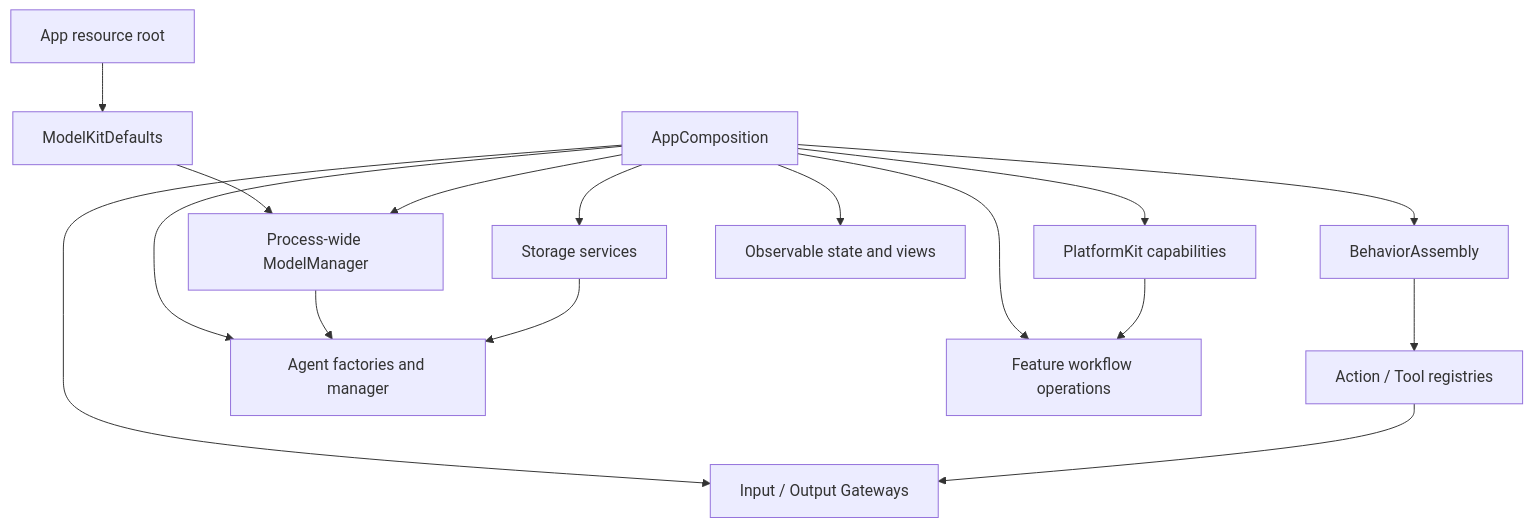
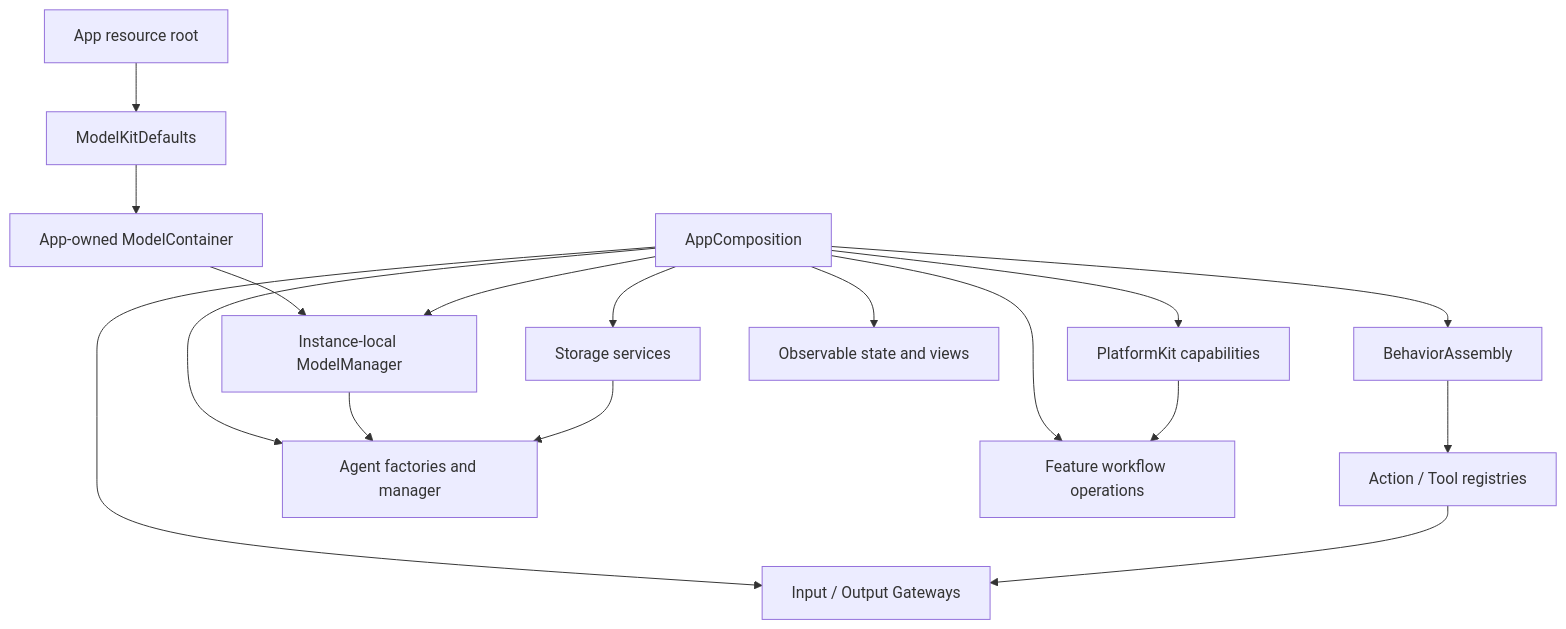
Before and after one commit to devilyouwei/MobileHarness: the fourth of 33 diagrams in MobileHarness/README.md, drawn with Mermaid. The commit also changed other lines of this file and 98 other files, not shown here.

Commit message:
Complete model container integration and preserve foundation error evidence

````diff
--- a/MobileHarness/README.md
+++ b/MobileHarness/README.md
@@ -369,18 +371,19 @@
 ```mermaid
 flowchart TD
     Resources[App resource root] --> Defaults[ModelKitDefaults]
-    Defaults --> Manager[Process-wide ModelManager]
+    Defaults --> Root[App-owned ModelContainer]
+    Root --> Manager[Instance-local ModelManager]
     App[AppComposition] --> Manager
     App --> Stores[Storage services]
     App --> Platform[PlatformKit capabilities]
     App --> Behaviors[BehaviorAssembly]
     Behaviors --> Registries[Action / Tool registries]
     App --> Gateway[Input / Output Gateways]
     App --> Agents[Agent factories and manager]
     App --> Workflows[Feature workflow operations]
     App --> UI[Observable state and views]
     Registries --> Gateway
     Manager --> Agents
     Stores --> Agents
     Platform --> Workflows
 ```
````
